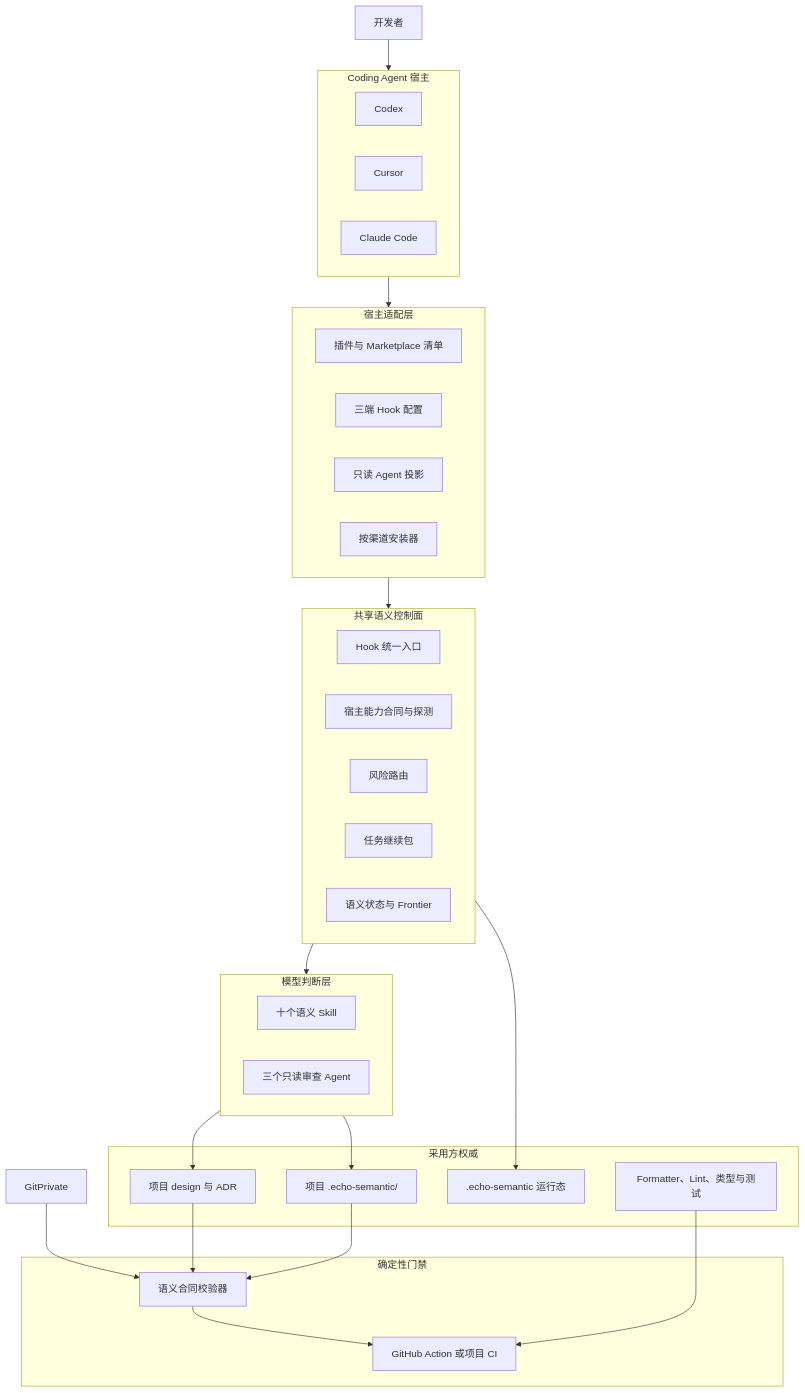
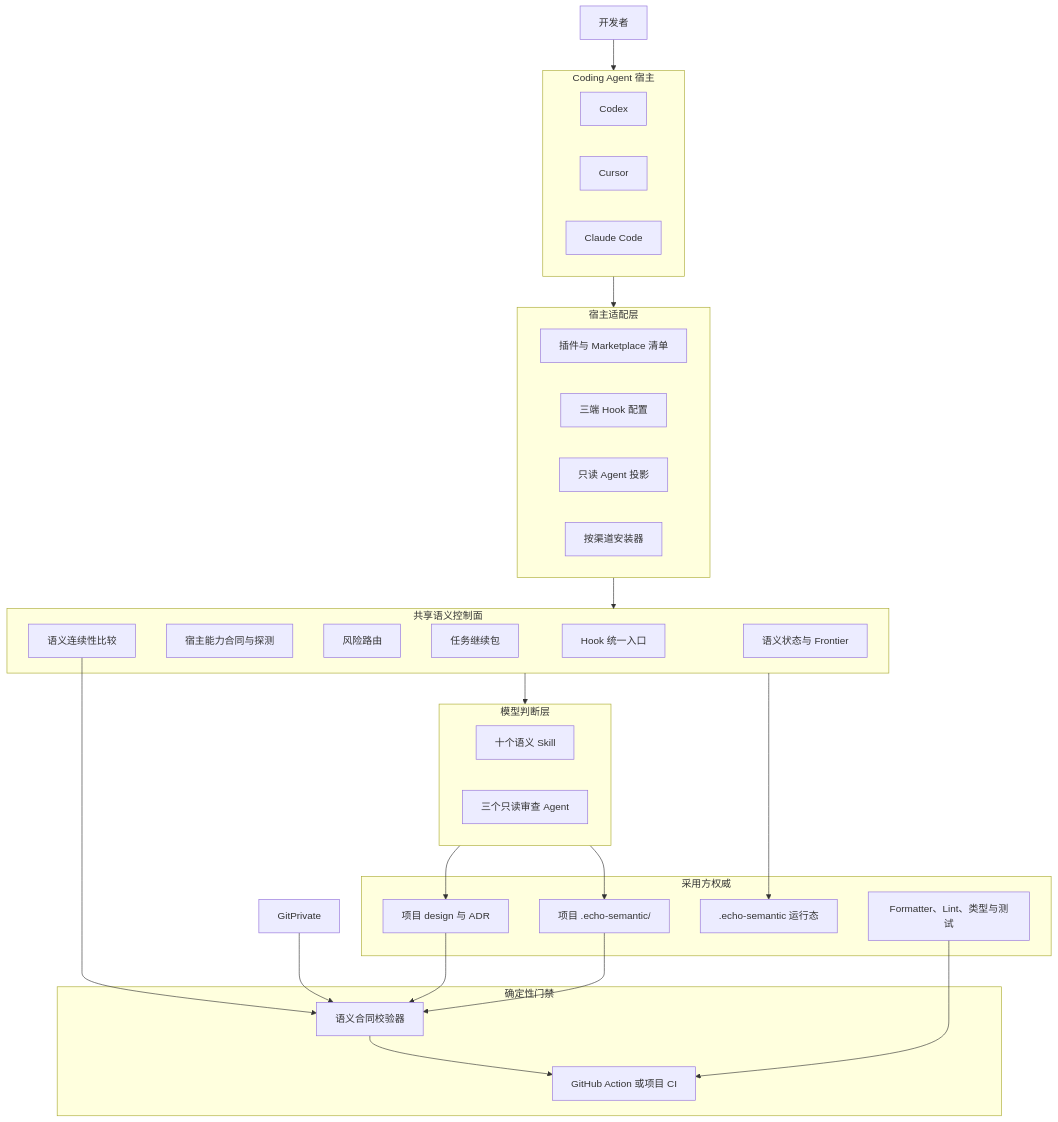
Before and after one commit to EchoYue-lp/echo-semantic: the first of 11 diagrams in docs/supreme/specs/plugin-architecture/design.md, drawn with Mermaid. The commit also changed other lines of this file and 39 other files, not shown here.

````diff
--- a/docs/supreme/specs/plugin-architecture/design.md
+++ b/docs/supreme/specs/plugin-architecture/design.md
@@ -67,55 +74,57 @@
 ```mermaid
 flowchart TB
   User[开发者]
 
   subgraph Hosts["Coding Agent 宿主"]
     Codex[Codex]
     Cursor[Cursor]
     Claude[Claude Code]
   end
 
   subgraph Adapters["宿主适配层"]
     Manifests[插件与 Marketplace 清单]
     HostHooks[三端 Hook 配置]
     HostAgents[只读 Agent 投影]
     Installer[按渠道安装器]
   end
 
   subgraph Control["共享语义控制面"]
     Entry[Hook 统一入口]
     Capability[宿主能力合同与探测]
     Router[风险路由]
     Continuation[任务继续包]
+    Continuity[语义连续性比较]
     Status[语义状态与 Frontier]
   end
 
   subgraph Judgment["模型判断层"]
     Skills[十个语义 Skill]
     Reviewers[三个只读审查 Agent]
   end
 
   subgraph Authorities["采用方权威"]
     Semantic[项目 .echo-semantic/]
     Design[项目 design 与 ADR]
     Runtime[.echo-semantic 运行态]
     Engineering[Formatter、Lint、类型与测试]
   end
 
   subgraph Gates["确定性门禁"]
     Verifier[语义合同校验器]
     Action[GitHub Action 或项目 CI]
   end
 
   User --> Hosts
   Hosts --> Adapters
   Adapters --> Control
   Control --> Judgment
   Judgment --> Semantic
   Judgment --> Design
   Control --> Runtime
   Semantic --> Verifier
   Design --> Verifier
   GitPrivate --> Verifier
+  Continuity --> Verifier
   Engineering --> Action
   Verifier --> Action
 ```
````
